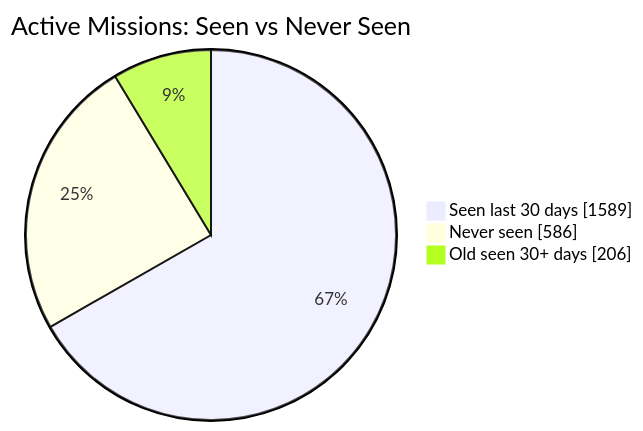
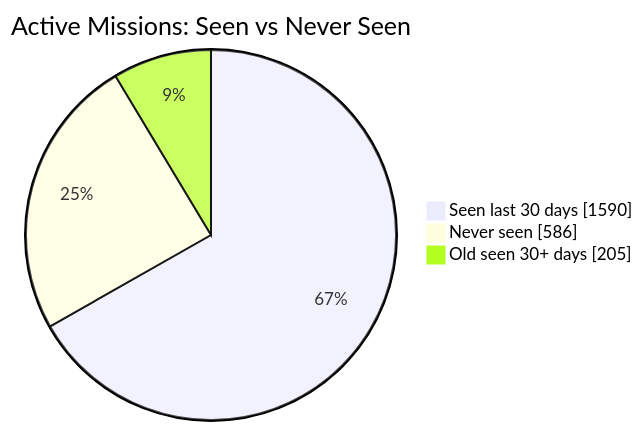
One commit to MeldkamerspelGameTeam/active-missions changed the first of 2 diagrams in README.md. Above: the diagram before and after it, drawn with Mermaid. The commit also changed other lines of this file and 2 other files, not shown here.

````diff
--- a/README.md
+++ b/README.md
@@ -34,7 +34,7 @@
 ```mermaid
 pie showData
     title Active Missions: Seen vs Never Seen
-    "Seen last 30 days" : 1589
+    "Seen last 30 days" : 1590
     "Never seen" : 586
-    "Old seen 30+ days" : 206
+    "Old seen 30+ days" : 205
 ```
````
